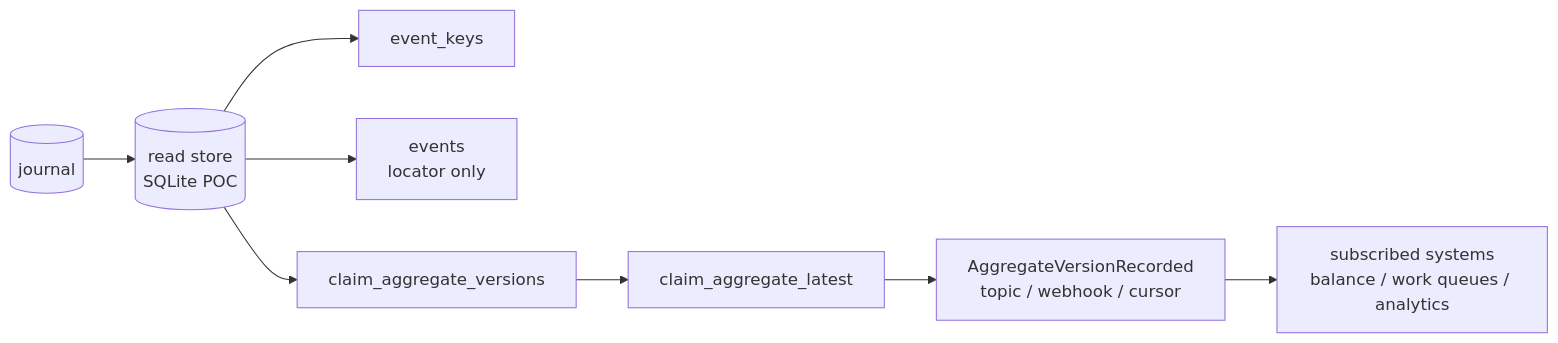
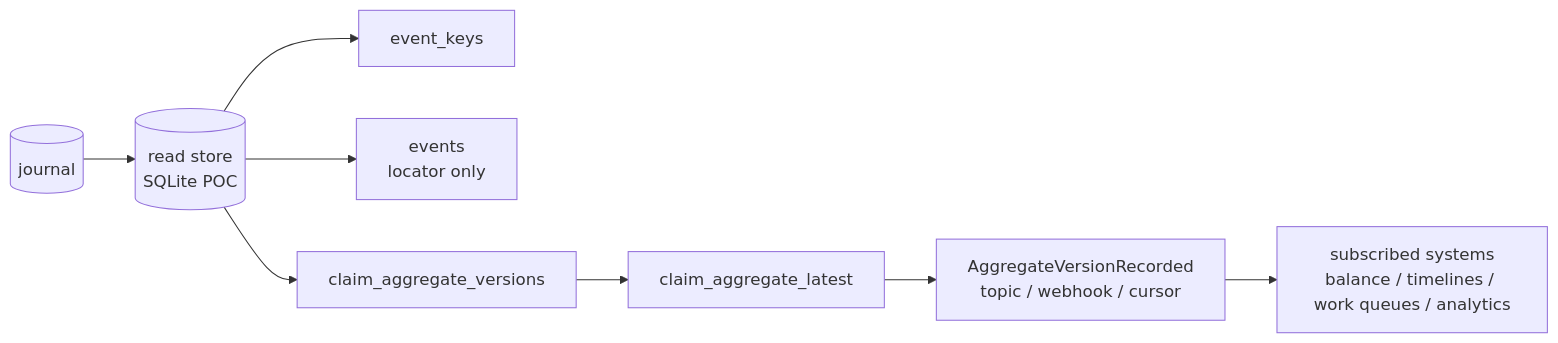
The second of 2 diagrams in README.md (AlexJReid/scribe), drawn with Mermaid before and after one commit. The commit also changed other lines of this file, not shown here.

Commit message:
good points

````diff
--- a/README.md
+++ b/README.md
@@ -64,19 +65,19 @@
 ```mermaid
 flowchart LR
     journal[("journal")]
     store[("read store<br/>SQLite POC")]
     keys["event_keys"]
     events["events<br/>locator only"]
     versions["claim_aggregate_versions"]
     latest["claim_aggregate_latest"]
     notify["AggregateVersionRecorded<br/>topic / webhook / cursor"]
-    subscribers["subscribed systems<br/>balance / work queues / analytics"]
+    subscribers["subscribed systems<br/>balance / timelines / work queues / analytics"]
 
     journal --> store
     store --> keys
     store --> events
     store --> versions
     versions --> latest
     latest --> notify
     notify --> subscribers
 ```
````
